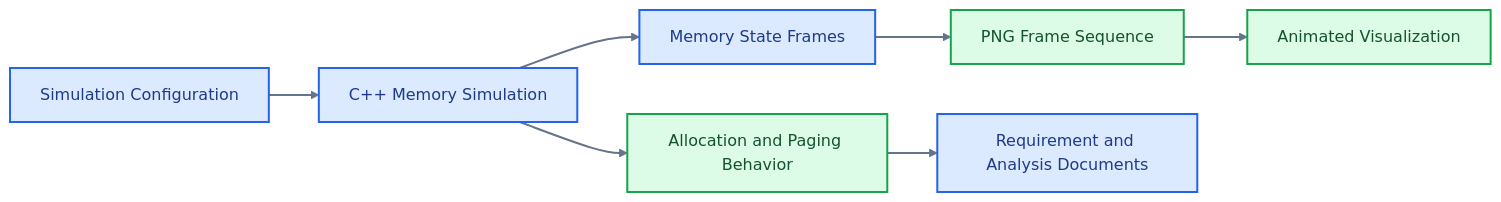
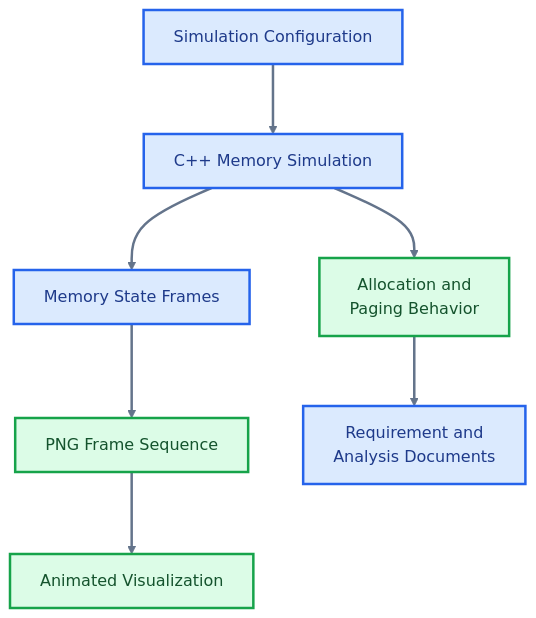
Before and after one commit to skx56/Memory-Management: the diagram in README.md, drawn with Mermaid.

Commit message:
Make README architecture diagram vertical

````diff
--- a/README.md
+++ b/README.md
@@ -28,18 +28,19 @@
 ```mermaid
-flowchart LR
+%%{init: {"flowchart": {"nodeSpacing": 55, "rankSpacing": 70, "curve": "basis"}, "themeVariables": {"fontSize": "16px", "fontFamily": "Inter, ui-sans-serif, system-ui, -apple-system, BlinkMacSystemFont, Segoe UI, sans-serif"}}}%%
+flowchart TD
   Config["Simulation Configuration"] --> Engine["C++ Memory Simulation"]
   Engine --> States["Memory State Frames"]
   States --> PNG["PNG Frame Sequence"]
   PNG --> GIF["Animated Visualization"]
-  Engine --> Metrics["Allocation and Paging Behavior"]
-  Metrics --> Docs["Requirement and Analysis Documents"]
+  Engine --> Metrics["Allocation and<br/>Paging Behavior"]
+  Metrics --> Docs["Requirement and<br/>Analysis Documents"]
 
-  classDef inputs fill:#FEF3C7,stroke:#D97706,color:#78350F,stroke-width:2px;
-  classDef process fill:#DBEAFE,stroke:#2563EB,color:#1E3A8A,stroke-width:2px;
-  classDef data fill:#DCFCE7,stroke:#16A34A,color:#14532D,stroke-width:2px;
-  classDef agent fill:#F3E8FF,stroke:#9333EA,color:#581C87,stroke-width:2px;
-  classDef output fill:#FFE4E6,stroke:#E11D48,color:#881337,stroke-width:2px;
+  classDef inputs fill:#FEF3C7,stroke:#D97706,color:#78350F,stroke-width:2.5px;
+  classDef process fill:#DBEAFE,stroke:#2563EB,color:#1E3A8A,stroke-width:2.5px;
+  classDef data fill:#DCFCE7,stroke:#16A34A,color:#14532D,stroke-width:2.5px;
+  classDef agent fill:#F3E8FF,stroke:#9333EA,color:#581C87,stroke-width:2.5px;
+  classDef output fill:#FFE4E6,stroke:#E11D48,color:#881337,stroke-width:2.5px;
   class Config,Engine,States,Docs process;
   class PNG,GIF,Metrics data;
-  linkStyle default stroke:#64748B,stroke-width:2px;
+  linkStyle default stroke:#64748B,stroke-width:2.5px;
 ```
````
